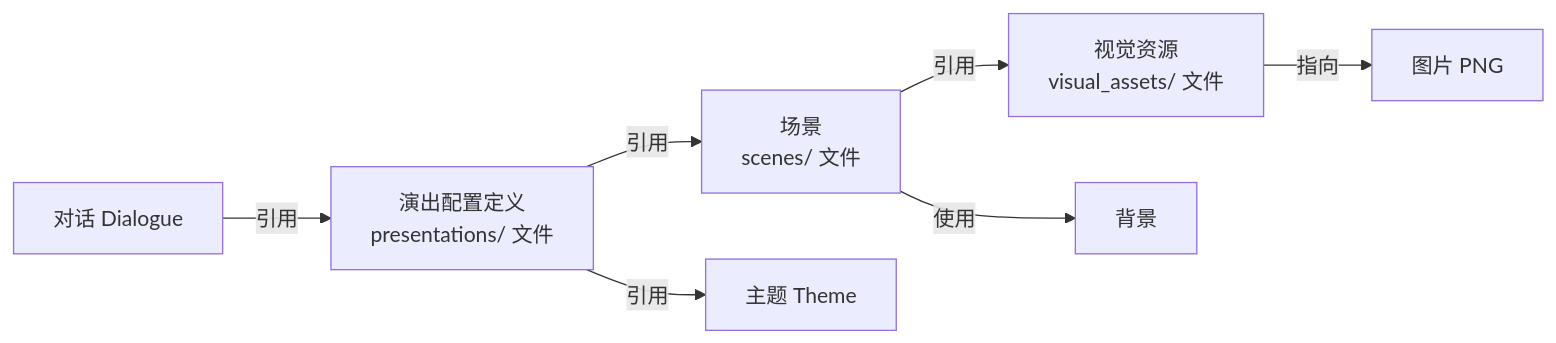
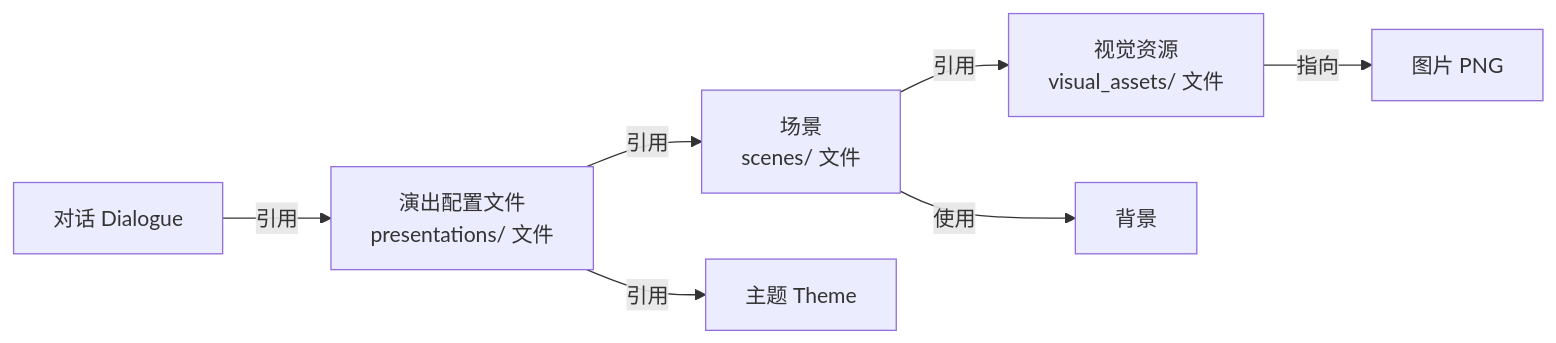
The diagram in docs/scene/visual-objects.md (RookiesTwo/MaiMai-Dialogue), drawn with Mermaid before and after one commit. The commit also changed other lines of this file and 55 other files, not shown here.

````diff
--- a/docs/scene/visual-objects.md
+++ b/docs/scene/visual-objects.md
@@ -57,9 +57,9 @@
 ```mermaid
 flowchart LR
-    D[对话 Dialogue] -->|引用| P[演出配置定义<br/>presentations/ 文件]
+    D[对话 Dialogue] -->|引用| P[演出配置文件<br/>presentations/ 文件]
     P -->|引用| S[场景<br/>scenes/ 文件]
     P -->|引用| T[主题 Theme]
     S -->|引用| A[视觉资源<br/>visual_assets/ 文件]
     S -->|使用| B[背景]
     A -->|指向| I[图片 PNG]
 ```
````
